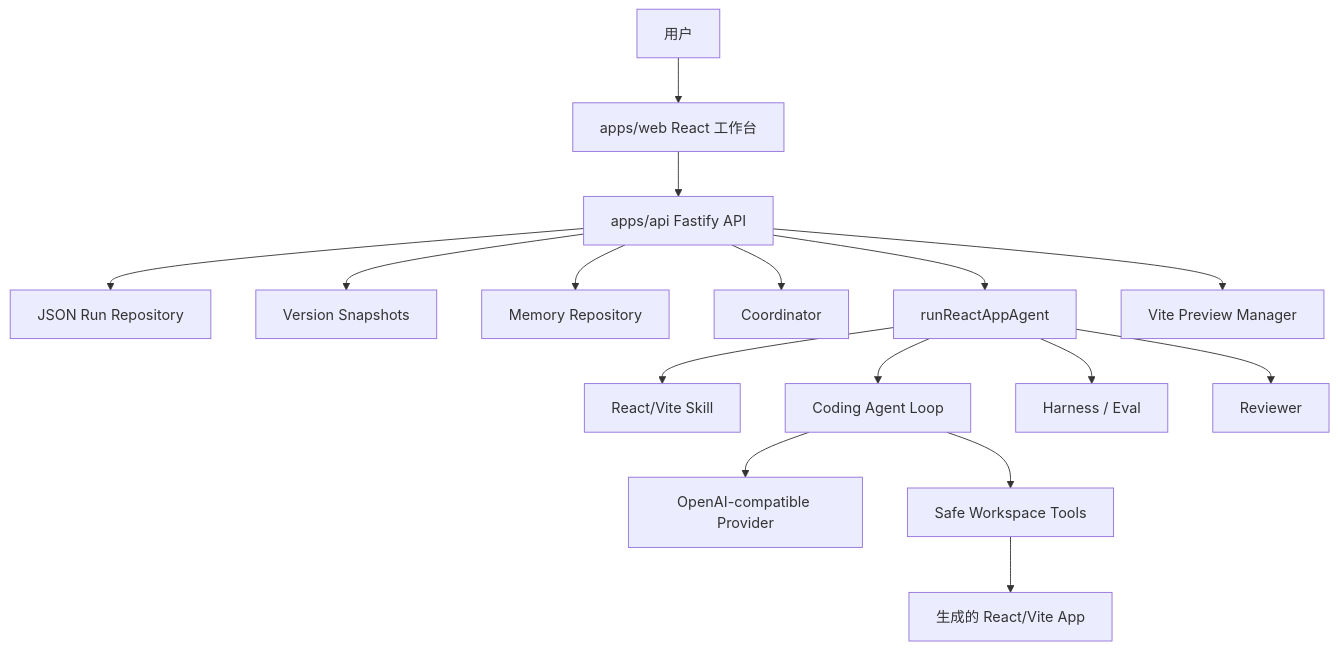
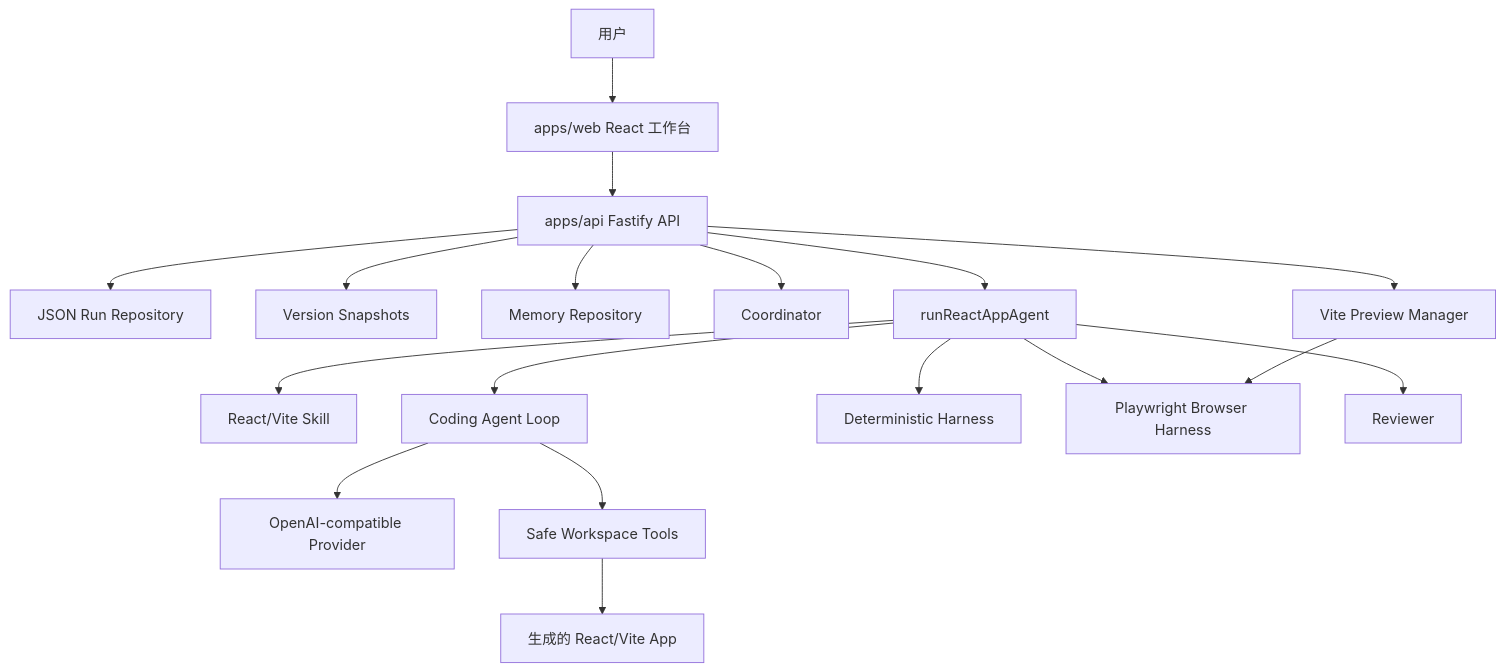
One commit to Marvin725626/appforge-agent-platform changed the second of 2 diagrams in README.zh-CN.md. Above: the diagram before and after it, drawn with Mermaid. The commit also changed other lines of this file and 22 other files, not shown here.

Commit message:
Add browser harness repair loop and docs

````diff
--- a/README.zh-CN.md
+++ b/README.zh-CN.md
@@ -93,18 +77,20 @@
 ```mermaid
 flowchart TD
     User["用户"] --> Web["apps/web React 工作台"]
     Web --> API["apps/api Fastify API"]
     API --> Repo["JSON Run Repository"]
     API --> Versions["Version Snapshots"]
     API --> Memory["Memory Repository"]
     API --> Coordinator["Coordinator"]
     API --> Runner["runReactAppAgent"]
     Runner --> Skill["React/Vite Skill"]
     Runner --> AgentLoop["Coding Agent Loop"]
     AgentLoop --> Provider["OpenAI-compatible Provider"]
     AgentLoop --> Workspace["Safe Workspace Tools"]
-    Runner --> Harness["Harness / Eval"]
+    Runner --> Harness["Deterministic Harness"]
+    Runner --> BrowserHarness["Playwright Browser Harness"]
     Runner --> Review["Reviewer"]
     API --> Preview["Vite Preview Manager"]
+    Preview --> BrowserHarness
     Workspace --> Generated["生成的 React/Vite App"]
 ```
````
